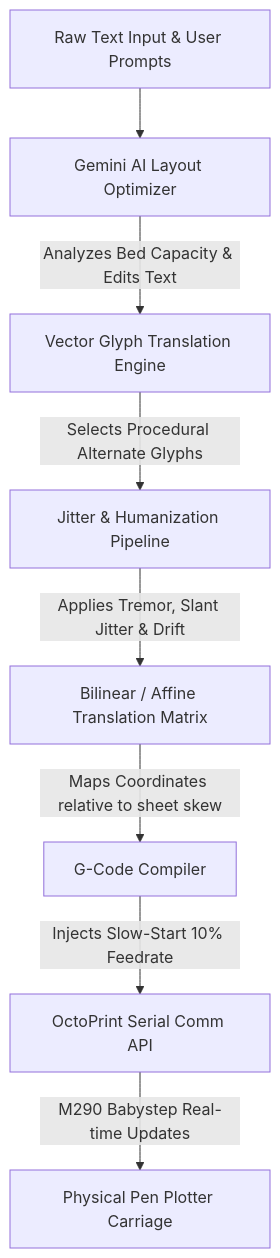
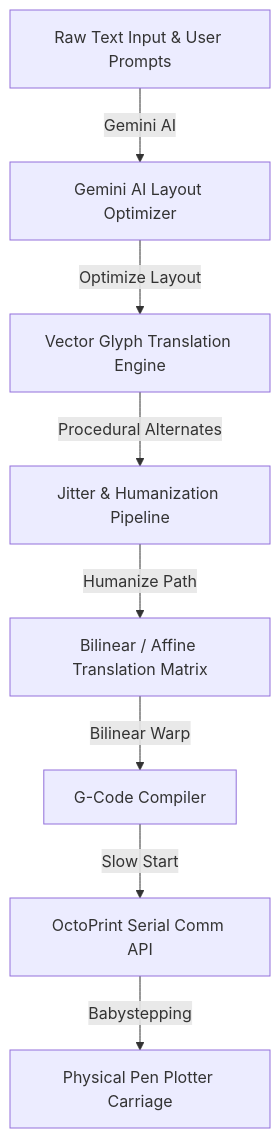
Before and after one commit to Happy123455/octoprint_penploter: the diagram in README.md, drawn with Mermaid. The commit also changed other lines of this file, not shown here.

Commit message:
Fix Mermaid diagram formatting and reference GIF using relative img tag

````diff
--- a/README.md
+++ b/README.md
@@ -21,10 +21,10 @@
 ```mermaid
 graph TD
-    A["Raw Text Input & User Prompts"] --> B["Gemini AI Layout Optimizer"]
-    B -->|Analyzes Bed Capacity & Edits Text| C["Vector Glyph Translation Engine"]
-    C -->|Selects Procedural Alternate Glyphs| D["Jitter & Humanization Pipeline"]
-    D -->|Applies Tremor, Slant Jitter & Drift| E["Bilinear / Affine Translation Matrix"]
-    E -->|Maps Coordinates relative to sheet skew| F["G-Code Compiler"]
-    F -->|Injects Slow-Start 10% Feedrate| G["OctoPrint Serial Comm API"]
-    G -->|M290 Babystep Real-time Updates| H["Physical Pen Plotter Carriage"]
+    A["Raw Text Input & User Prompts"] -->|Gemini AI| B["Gemini AI Layout Optimizer"]
+    B -->|Optimize Layout| C["Vector Glyph Translation Engine"]
+    C -->|Procedural Alternates| D["Jitter & Humanization Pipeline"]
+    D -->|Humanize Path| E["Bilinear / Affine Translation Matrix"]
+    E -->|Bilinear Warp| F["G-Code Compiler"]
+    F -->|Slow Start| G["OctoPrint Serial Comm API"]
+    G -->|Babystepping| H["Physical Pen Plotter Carriage"]
 ```
````
